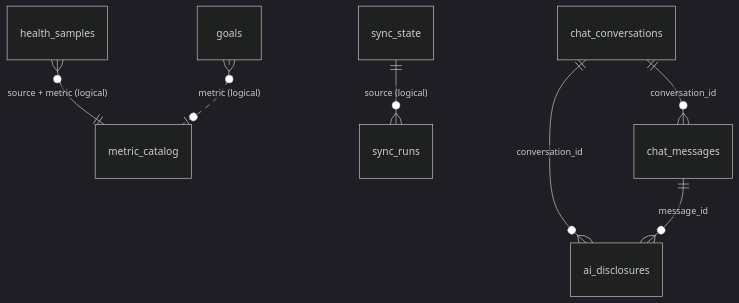
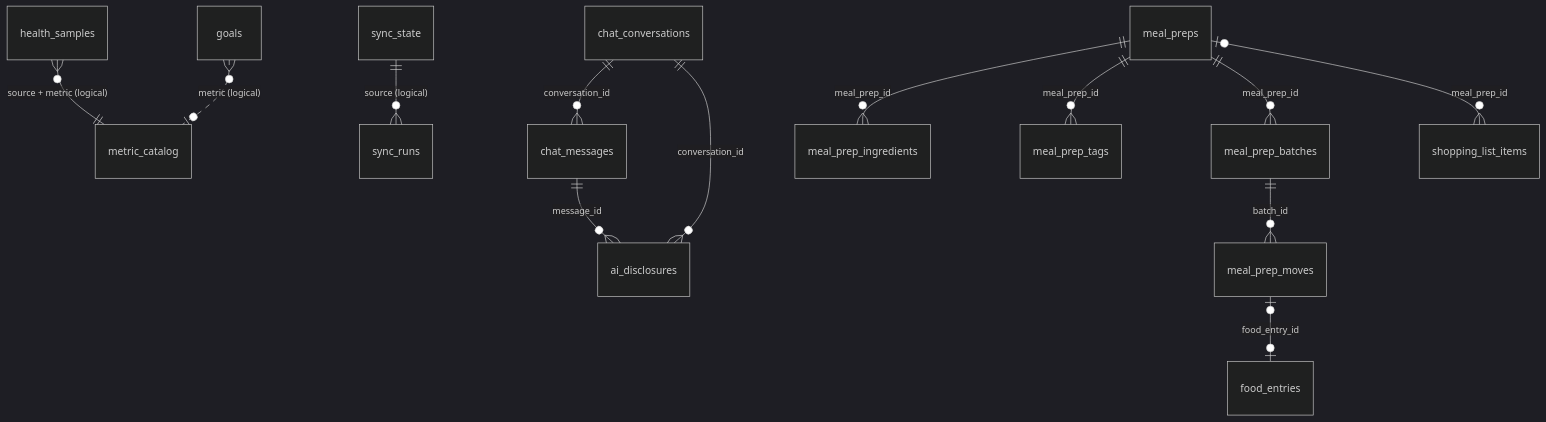
One commit to alfredoartilesv/even changed the diagram in docs/LLD.md. Above: the diagram before and after it, drawn with Mermaid (dark theme). The commit also changed other lines of this file and 16 other files, not shown here.

First line of the commit message:
Meal prep: recipes with tags, batch stock, defrost plan, shopping list

````diff
--- a/docs/LLD.md
+++ b/docs/LLD.md
@@ -153,9 +159,15 @@
 ```mermaid
 erDiagram
   health_samples }o--|| metric_catalog : "source + metric (logical)"
   sync_state ||--o{ sync_runs : "source (logical)"
   chat_conversations ||--o{ chat_messages : conversation_id
   chat_conversations ||--o{ ai_disclosures : conversation_id
   chat_messages ||--o{ ai_disclosures : message_id
   goals }o..o| metric_catalog : "metric (logical)"
+  meal_preps ||--o{ meal_prep_ingredients : meal_prep_id
+  meal_preps ||--o{ meal_prep_tags : meal_prep_id
+  meal_preps ||--o{ meal_prep_batches : meal_prep_id
+  meal_prep_batches ||--o{ meal_prep_moves : batch_id
+  meal_prep_moves |o--o| food_entries : food_entry_id
+  meal_preps |o--o{ shopping_list_items : meal_prep_id
 ```
````
